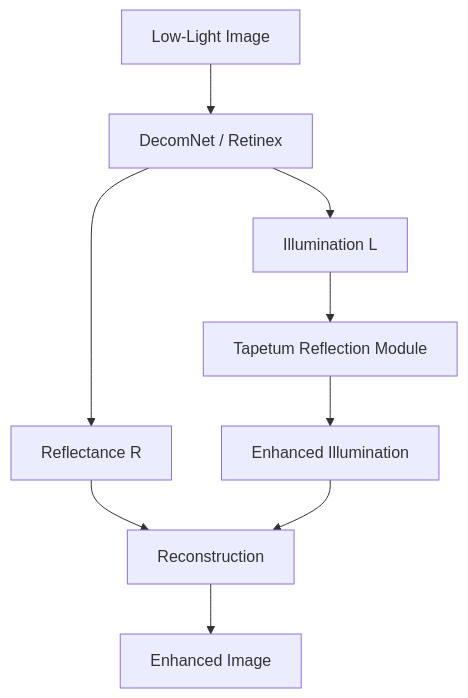
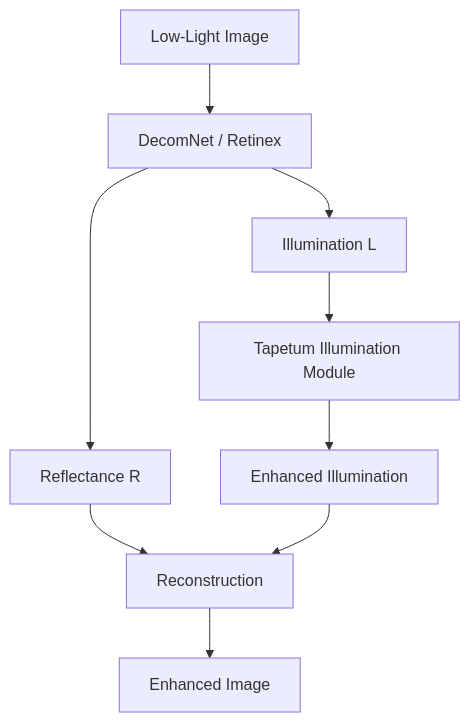
The fourth of 6 diagrams in README.md (muratdelen/TAPETUM), drawn with Mermaid before and after one commit. The commit also changed other lines of this file, not shown here.

````diff
--- a/README.md
+++ b/README.md
@@ -108,18 +108,18 @@
 ```mermaid
 flowchart TD
 
 A[Low-Light Image]
 
 A --> B[DecomNet / Retinex]
 
 B --> C[Reflectance R]
 B --> D[Illumination L]
 
 C --> G[Reconstruction]
 
-D --> E[Tapetum Reflection Module]
+D --> E[Tapetum Illumination Module]
 E --> F[Enhanced Illumination]
 F --> G
 
 G --> H[Enhanced Image]
 ```
````
